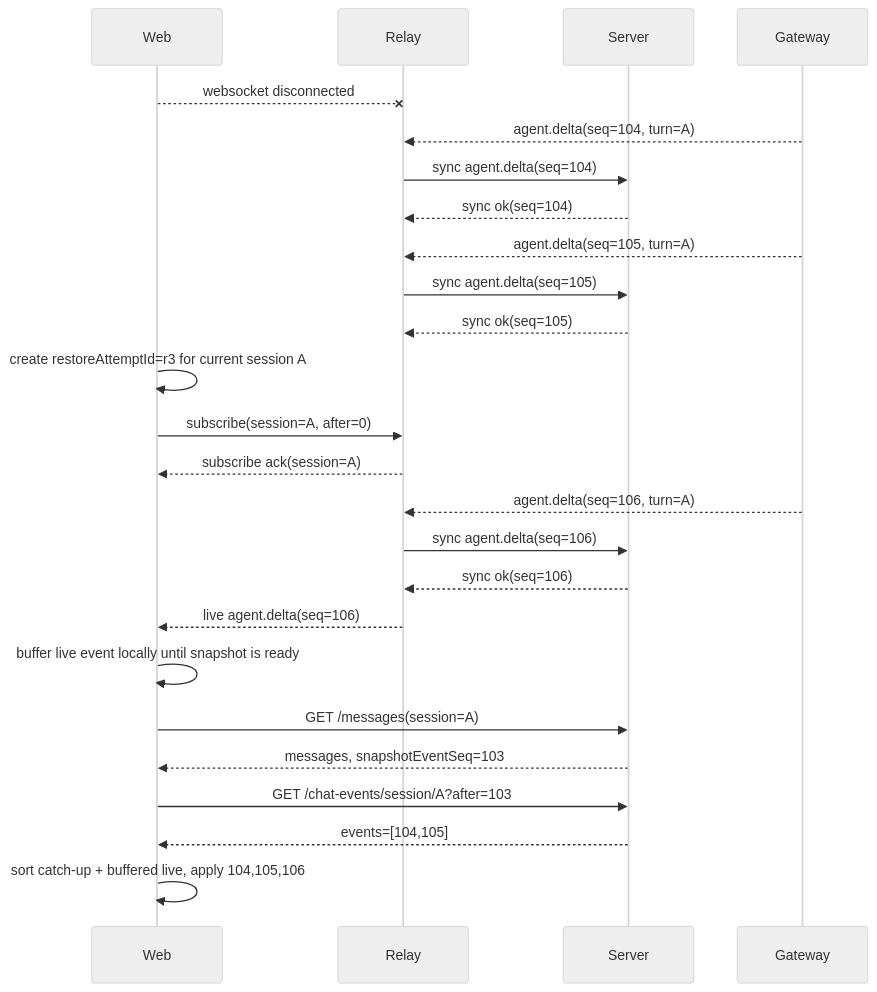
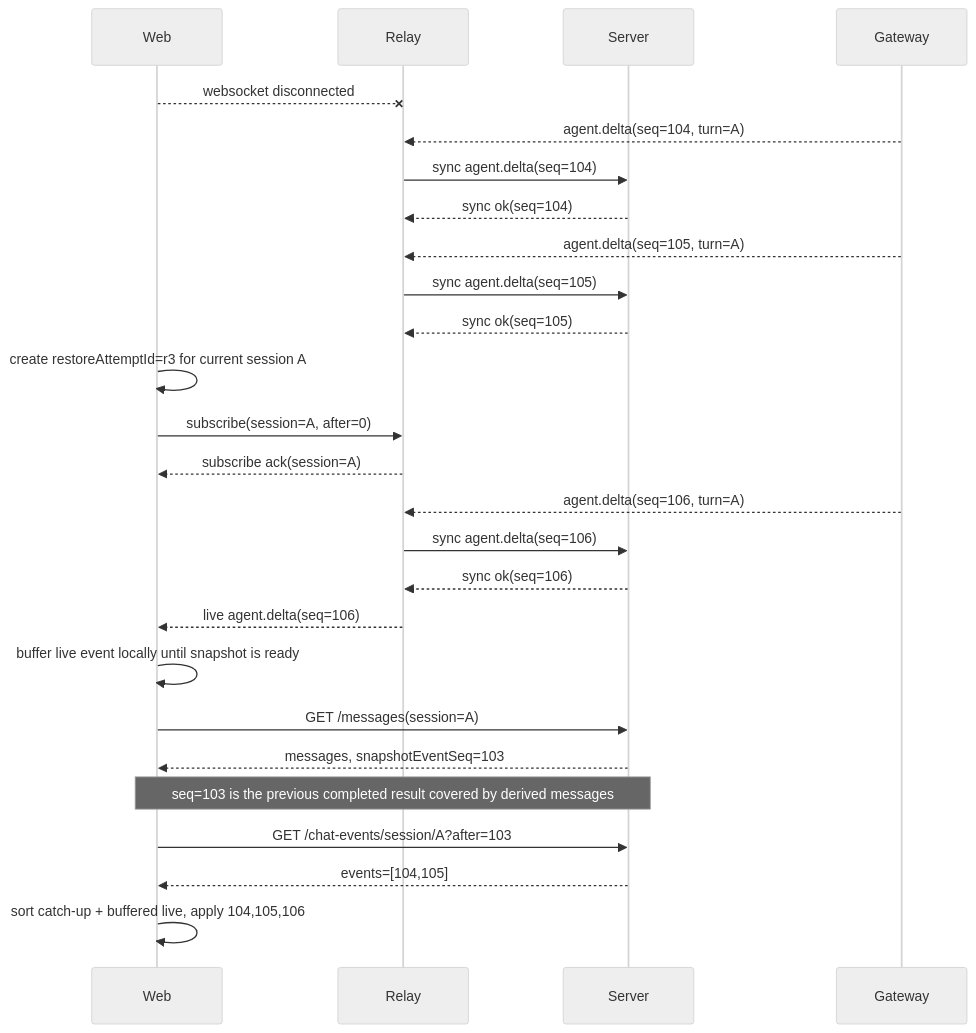
One commit to TetherAgent/tether changed the fifth of 7 diagrams in docs/working/2026-05-14-chat-event-ordering-and-web-refactor.md. Above: the diagram before and after it, drawn with Mermaid (neutral theme). The commit also changed other lines of this file, not shown here.

````diff
--- a/docs/working/2026-05-14-chat-event-ordering-and-web-refactor.md
+++ b/docs/working/2026-05-14-chat-event-ordering-and-web-refactor.md
@@ -527,28 +600,29 @@
 ```mermaid
 sequenceDiagram
   participant Web
   participant Relay
   participant Server
   participant Gateway
 
   Web--xRelay: websocket disconnected
   Gateway-->>Relay: agent.delta(seq=104, turn=A)
   Relay->>Server: sync agent.delta(seq=104)
   Server-->>Relay: sync ok(seq=104)
   Gateway-->>Relay: agent.delta(seq=105, turn=A)
   Relay->>Server: sync agent.delta(seq=105)
   Server-->>Relay: sync ok(seq=105)
   Web->>Web: create restoreAttemptId=r3 for current session A
   Web->>Relay: subscribe(session=A, after=0)
   Relay-->>Web: subscribe ack(session=A)
   Gateway-->>Relay: agent.delta(seq=106, turn=A)
   Relay->>Server: sync agent.delta(seq=106)
   Server-->>Relay: sync ok(seq=106)
   Relay-->>Web: live agent.delta(seq=106)
   Web->>Web: buffer live event locally until snapshot is ready
   Web->>Server: GET /messages(session=A)
   Server-->>Web: messages, snapshotEventSeq=103
+  Note over Server,Web: seq=103 is the previous completed result covered by derived messages
   Web->>Server: GET /chat-events/session/A?after=103
   Server-->>Web: events=[104,105]
   Web->>Web: sort catch-up + buffered live, apply 104,105,106
 ```
````
